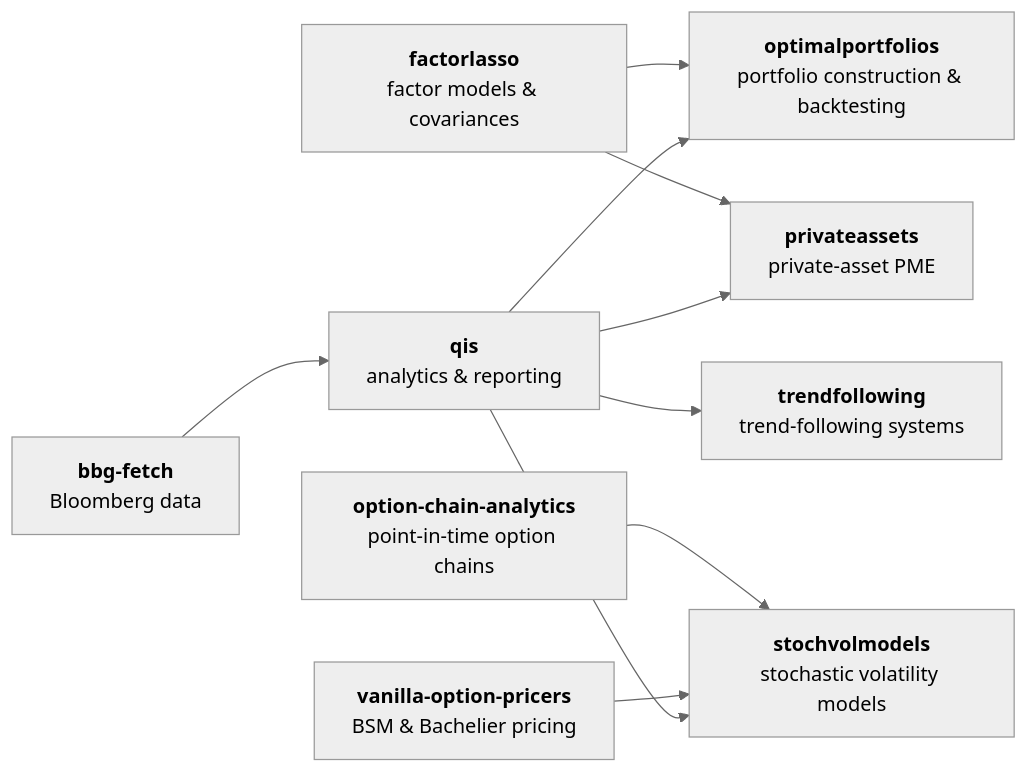
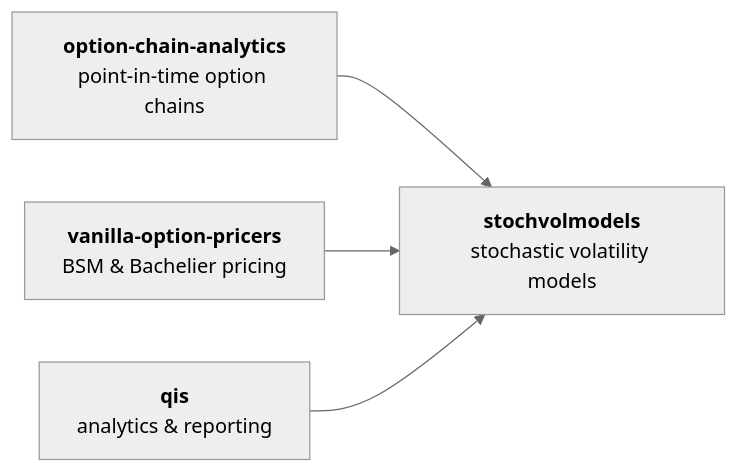
Before and after one commit to ArturSepp/ArturSepp: the second of 2 diagrams in README.md, drawn with Mermaid (neutral theme). The commit also changed other lines of this file and 1 other file, not shown here.

````diff
--- a/README.md
+++ b/README.md
@@ -61,28 +91,14 @@
 ```mermaid
 flowchart LR
-    fl["`**factorlasso**
-    factor models & covariances`"]
-    qis["`**qis**
-    analytics & reporting`"]
     oca["`**option-chain-analytics**
     point-in-time option chains`"]
     vop["`**vanilla-option-pricers**
     BSM & Bachelier pricing`"]
-    bbg["`**bbg-fetch**
-    Bloomberg data`"] --> qis
-    bbg ~~~ fl
-    bbg ~~~ oca
-    bbg ~~~ vop
-    fl --> op["`**optimalportfolios**
-    portfolio construction & backtesting`"]
-    qis --> op
-    fl --> pa["`**privateassets**
-    private-asset PME`"]
-    qis --> pa
-    qis --> tf["`**trendfollowing**
-    trend-following systems`"]
-    oca --> svm["`**stochvolmodels**
+    qis["`**qis**
+    analytics & reporting`"]
+    svm["`**stochvolmodels**
     stochastic volatility models`"]
+    oca --> svm
     vop --> svm
     qis --> svm
 ```
````
